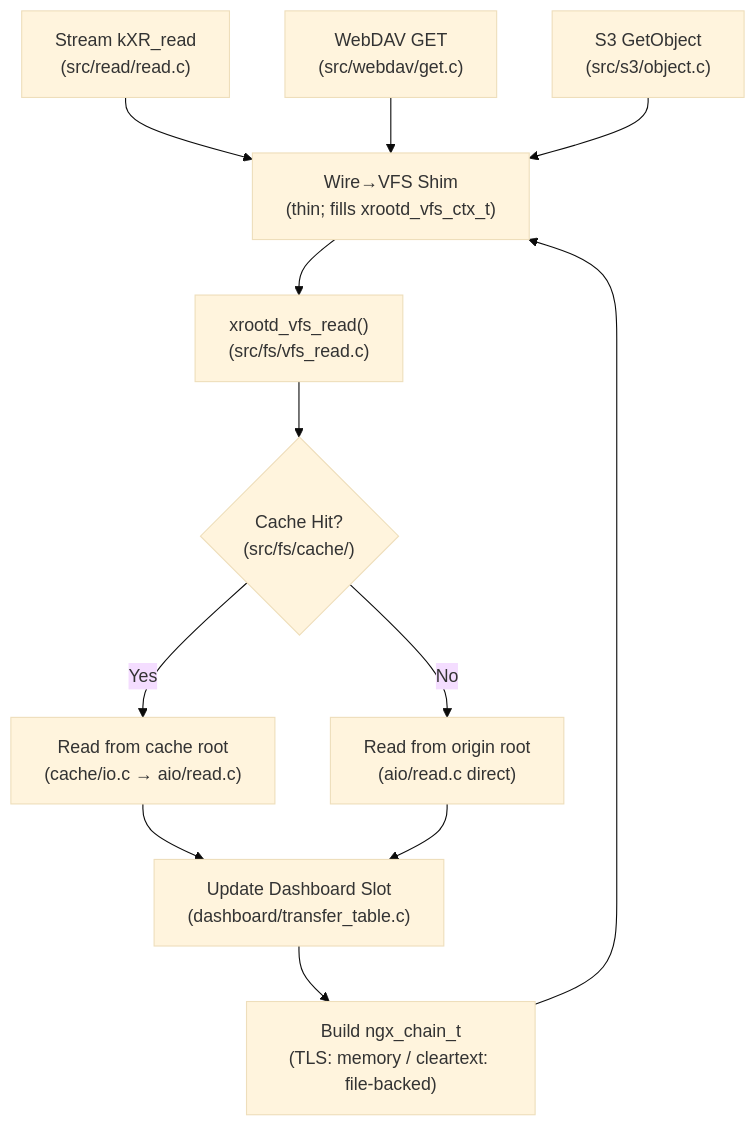
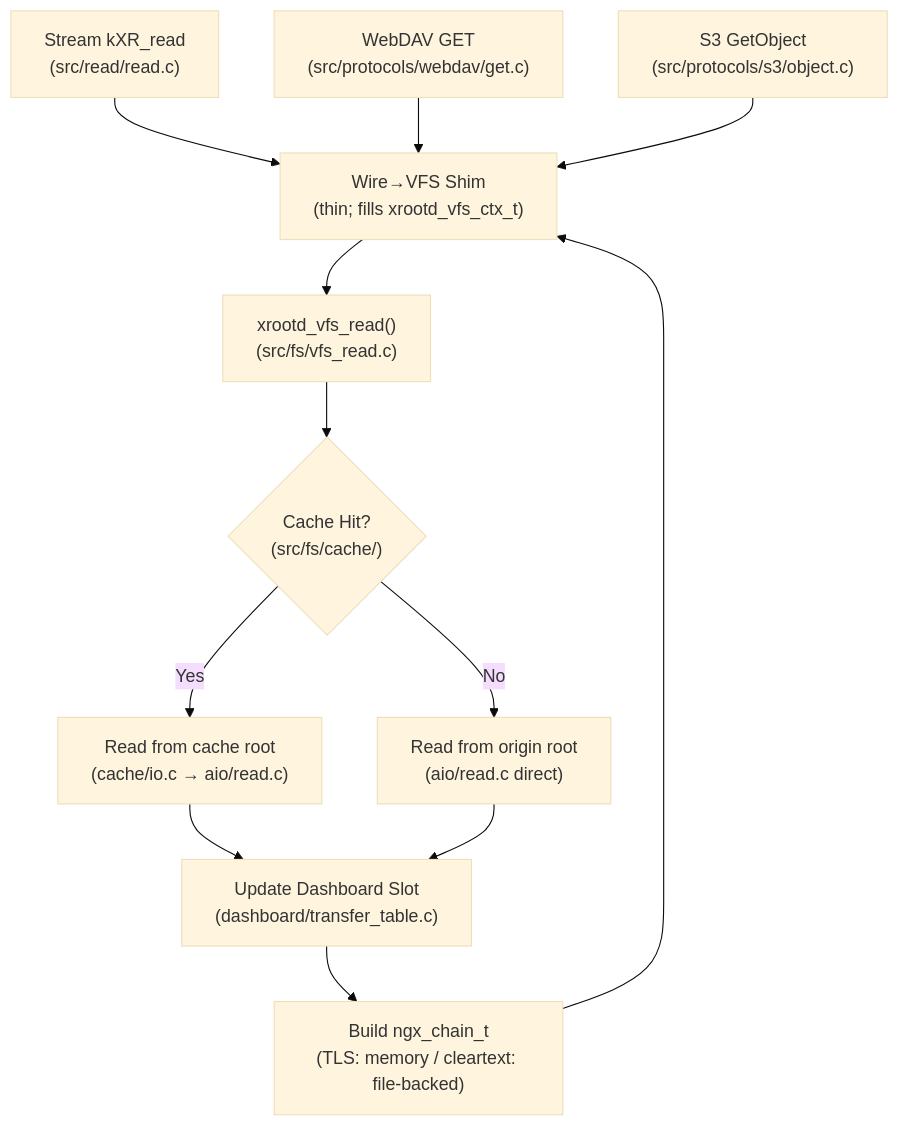
The diagram in docs/_archive/unification/PHASE3_VFS_OPERATIONS.md (rob-c/brix-cache), drawn with Mermaid (base theme) before and after one commit. The commit also changed other lines of this file and 415 other files, not shown here.

First line of the commit message:
phase-66 step 6: protocols/ (non-root) — webdav, s3, ssi, srr, dig, shared

````diff
--- a/docs/_archive/unification/PHASE3_VFS_OPERATIONS.md
+++ b/docs/_archive/unification/PHASE3_VFS_OPERATIONS.md
@@ -243,14 +243,14 @@
 ```mermaid
 graph TD
     A["Stream kXR_read\n(src/read/read.c)"] --> W["Wire→VFS Shim\n(thin; fills xrootd_vfs_ctx_t)"]
-    B["WebDAV GET\n(src/webdav/get.c)"] --> W
-    C["S3 GetObject\n(src/s3/object.c)"] --> W
+    B["WebDAV GET\n(src/protocols/webdav/get.c)"] --> W
+    C["S3 GetObject\n(src/protocols/s3/object.c)"] --> W
     W --> VFS["xrootd_vfs_read()\n(src/fs/vfs_read.c)"]
     VFS --> CACHE{"Cache Hit?\n(src/fs/cache/)"}
     CACHE -- Yes --> CREAD["Read from cache root\n(cache/io.c → aio/read.c)"]
     CACHE -- No --> OREAD["Read from origin root\n(aio/read.c direct)"]
     CREAD --> DASH["Update Dashboard Slot\n(dashboard/transfer_table.c)"]
     OREAD --> DASH
     DASH --> CHAIN["Build ngx_chain_t\n(TLS: memory / cleartext: file-backed)"]
     CHAIN --> W
 ```
````
